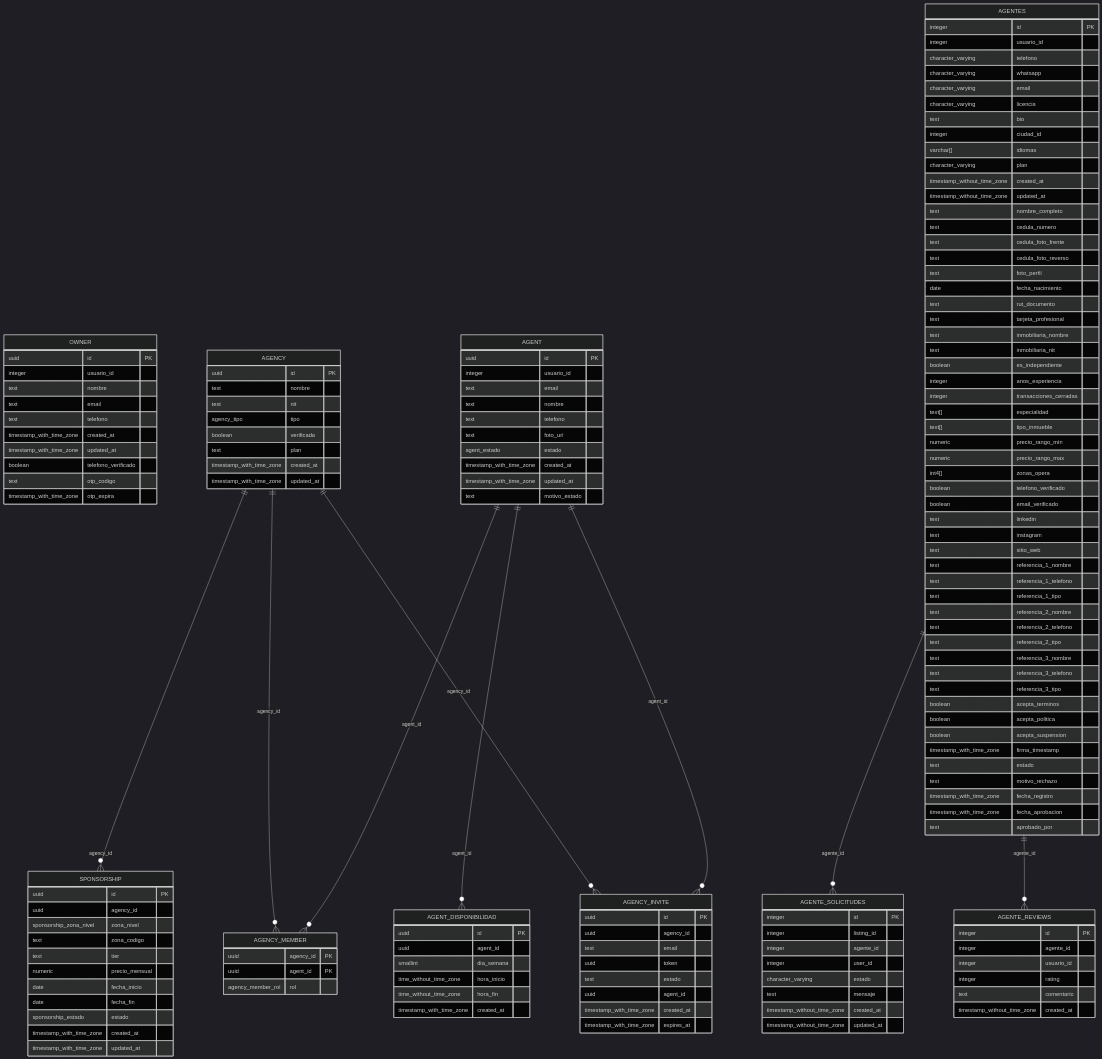
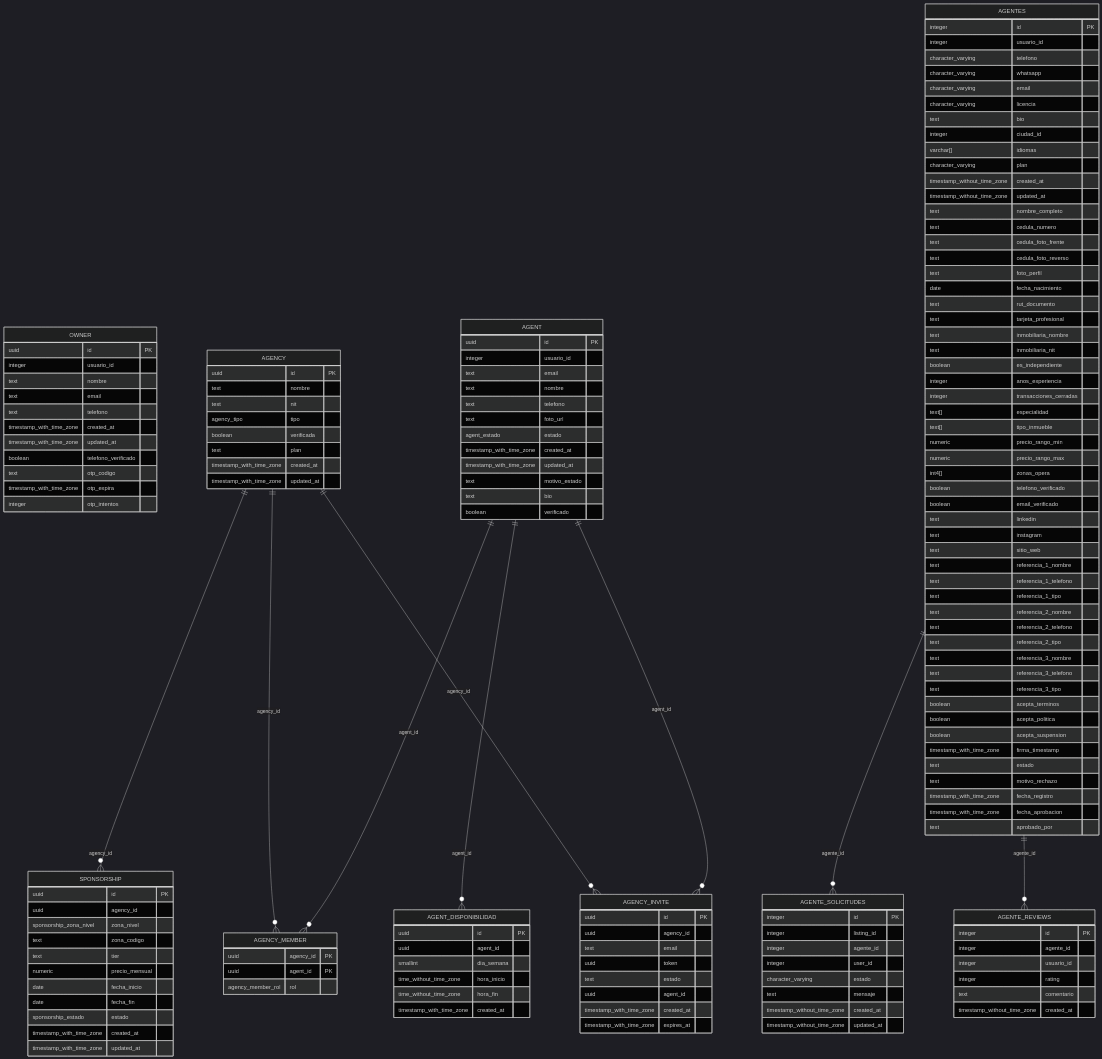
Before and after one commit to Medellin-Social/urbi-map-vision: the second of 9 diagrams in docs/DATABASE_SCHEMA.md, drawn with Mermaid (dark theme). The commit also changed other lines of this file and 43 other files, not shown here.

```diff
--- a/docs/DATABASE_SCHEMA.md
+++ b/docs/DATABASE_SCHEMA.md
@@ -181,6 +190,7 @@
         boolean telefono_verificado
         text otp_codigo
         timestamp_with_time_zone otp_expira
+        integer otp_intentos
     }
     AGENT {
         uuid id PK
@@ -193,6 +203,8 @@
         timestamp_with_time_zone created_at
         timestamp_with_time_zone updated_at
         text motivo_estado
+        text bio
+        boolean verificado
     }
     AGENCY {
         uuid id PK
```
